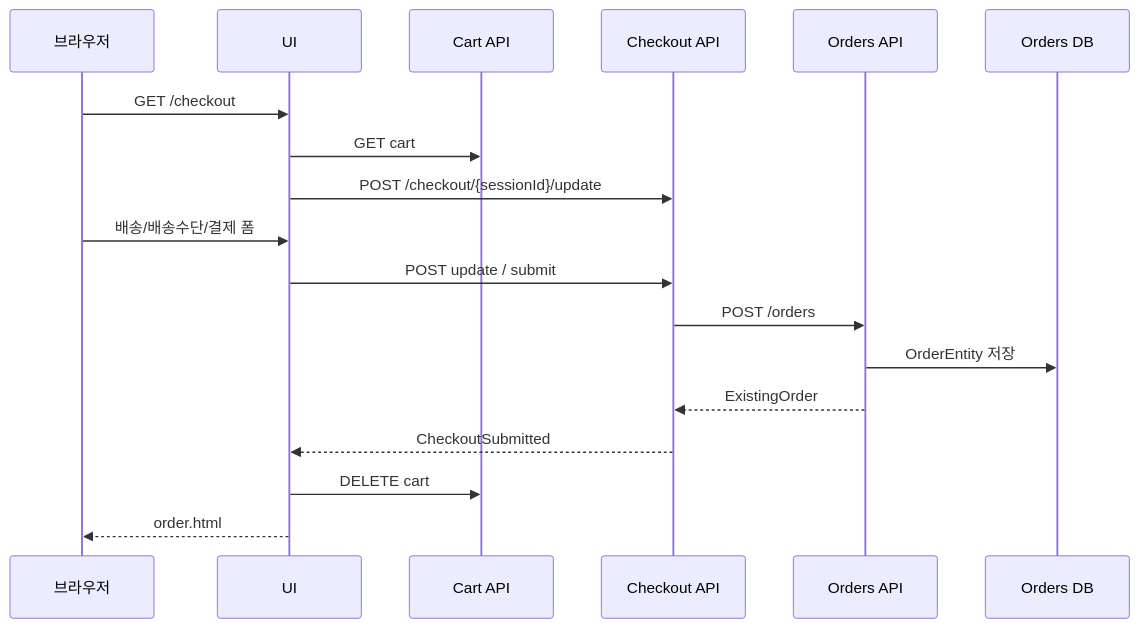
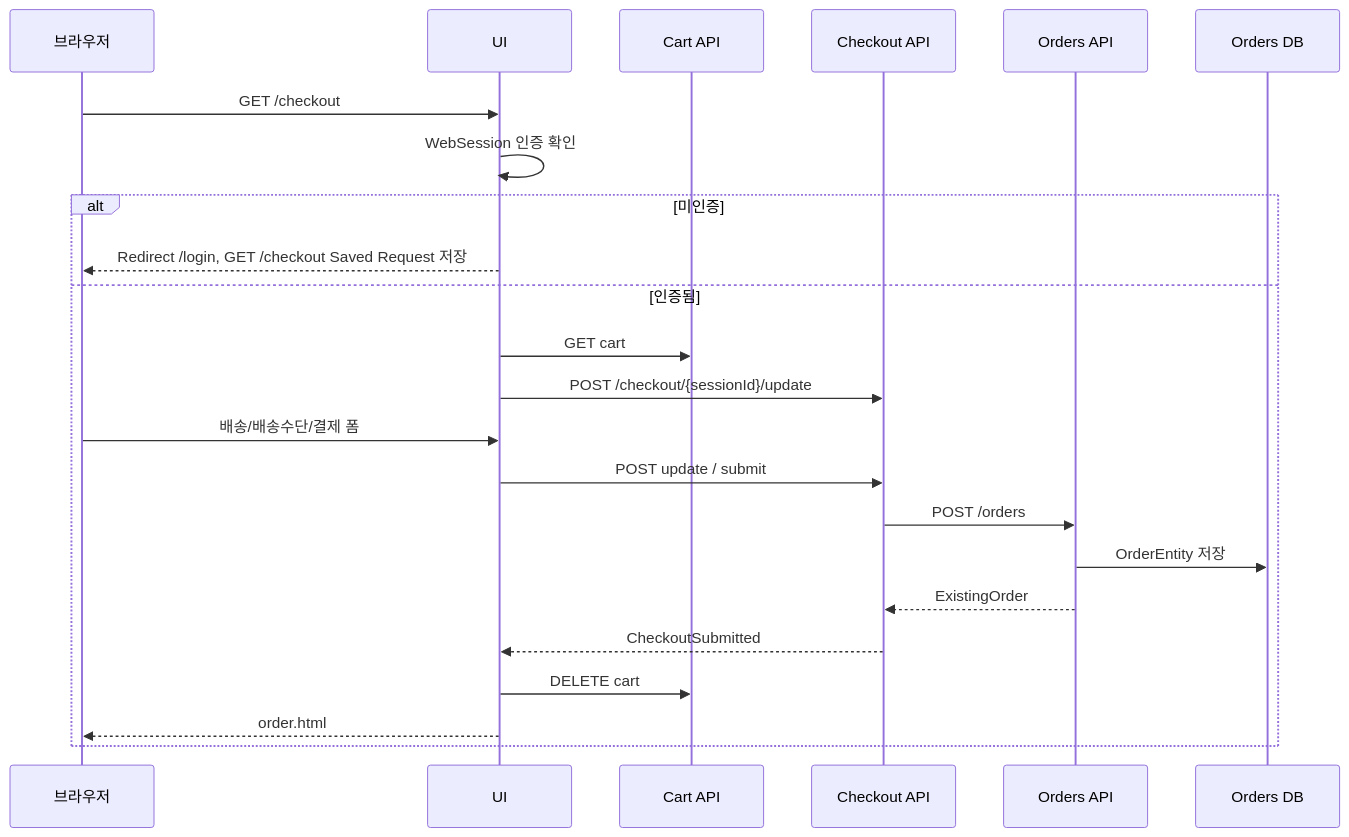
One commit to AWSome-BIT-Bespin/retail-store-app changed the third of 5 diagrams in docs/code-analysis/05.REQUEST_AND_DATA_FLOW.md. Above: the diagram before and after it, drawn with Mermaid. The commit also changed other lines of this file and 5 other files, not shown here.

Commit message:
feat(ui): require login before checkout

````diff
--- a/docs/code-analysis/05.REQUEST_AND_DATA_FLOW.md
+++ b/docs/code-analysis/05.REQUEST_AND_DATA_FLOW.md
@@ -41,20 +41,25 @@
 ```mermaid
 sequenceDiagram
   participant B as 브라우저
   participant U as UI
   participant Cart as Cart API
   participant Ch as Checkout API
   participant O as Orders API
   participant DB as Orders DB
   B->>U: GET /checkout
+  U->>U: WebSession 인증 확인
+  alt 미인증
+    U-->>B: Redirect /login, GET /checkout Saved Request 저장
+  else 인증됨
   U->>Cart: GET cart
   U->>Ch: POST /checkout/{sessionId}/update
   B->>U: 배송/배송수단/결제 폼
   U->>Ch: POST update / submit
   Ch->>O: POST /orders
   O->>DB: OrderEntity 저장
   O-->>Ch: ExistingOrder
   Ch-->>U: CheckoutSubmitted
   U->>Cart: DELETE cart
   U-->>B: order.html
+  end
 ```
````
